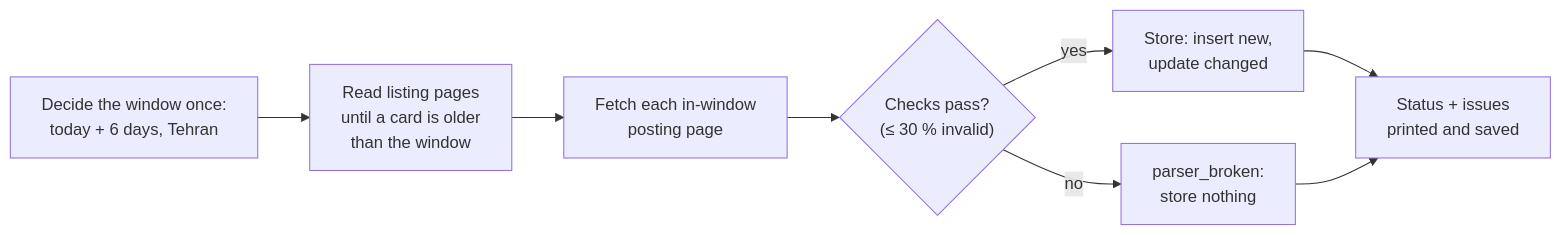
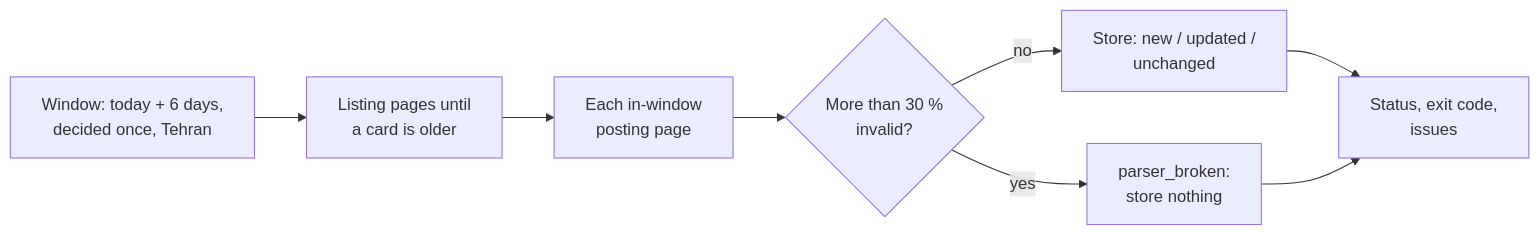
One commit to ParhamBeik/job-posting-collector changed the third of 4 diagrams in README.md. Above: the diagram before and after it, drawn with Mermaid. The commit also changed other lines of this file and 4 other files, not shown here.

````diff
--- a/README.md
+++ b/README.md
@@ -70,10 +183,10 @@
 ```mermaid
 flowchart LR
-    W["Decide the window once:<br/>today + 6 days, Tehran"] --> L["Read listing pages<br/>until a card is older<br/>than the window"]
-    L --> P["Fetch each in-window<br/>posting page"]
-    P --> C{"Checks pass?<br/>(≤ 30 % invalid)"}
-    C -->|yes| S["Store: insert new,<br/>update changed"]
-    C -->|no| B["parser_broken:<br/>store nothing"]
-    S --> R["Status + issues<br/>printed and saved"]
+    W["Window: today + 6 days,<br/>decided once, Tehran"] --> L["Listing pages until<br/>a card is older"]
+    L --> P["Each in-window<br/>posting page"]
+    P --> C{"More than 30 %<br/>invalid?"}
+    C -->|no| S["Store: new / updated /<br/>unchanged"]
+    C -->|yes| B["parser_broken:<br/>store nothing"]
+    S --> R["Status, exit code,<br/>issues"]
     B --> R
 ```
````
